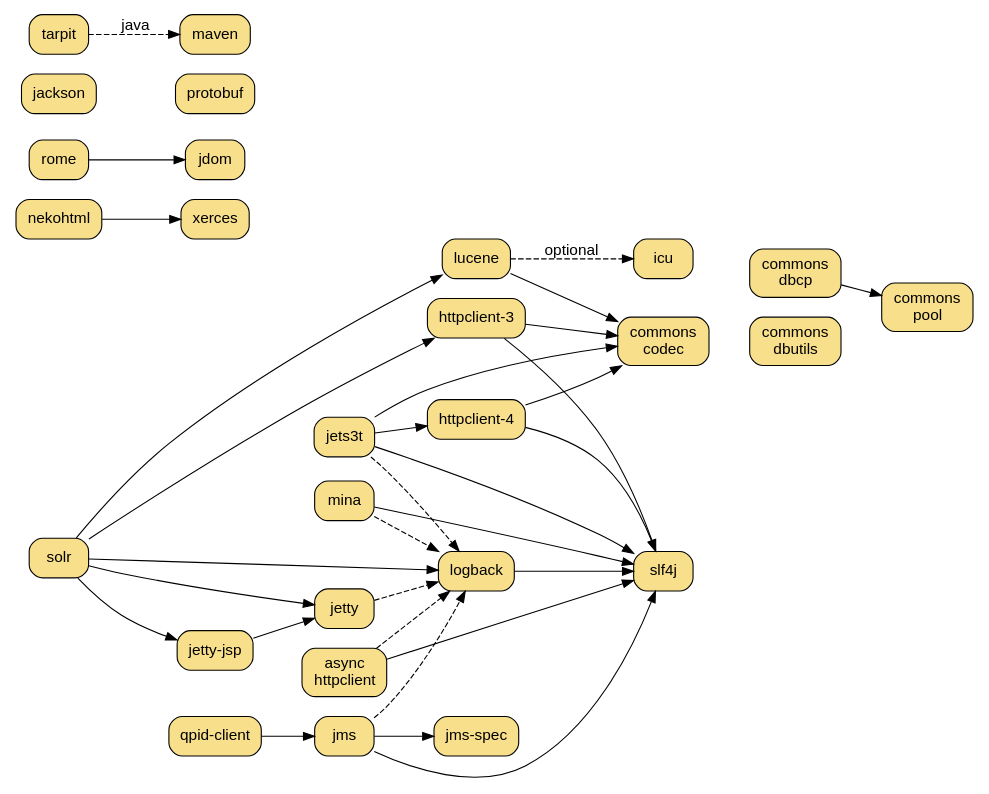
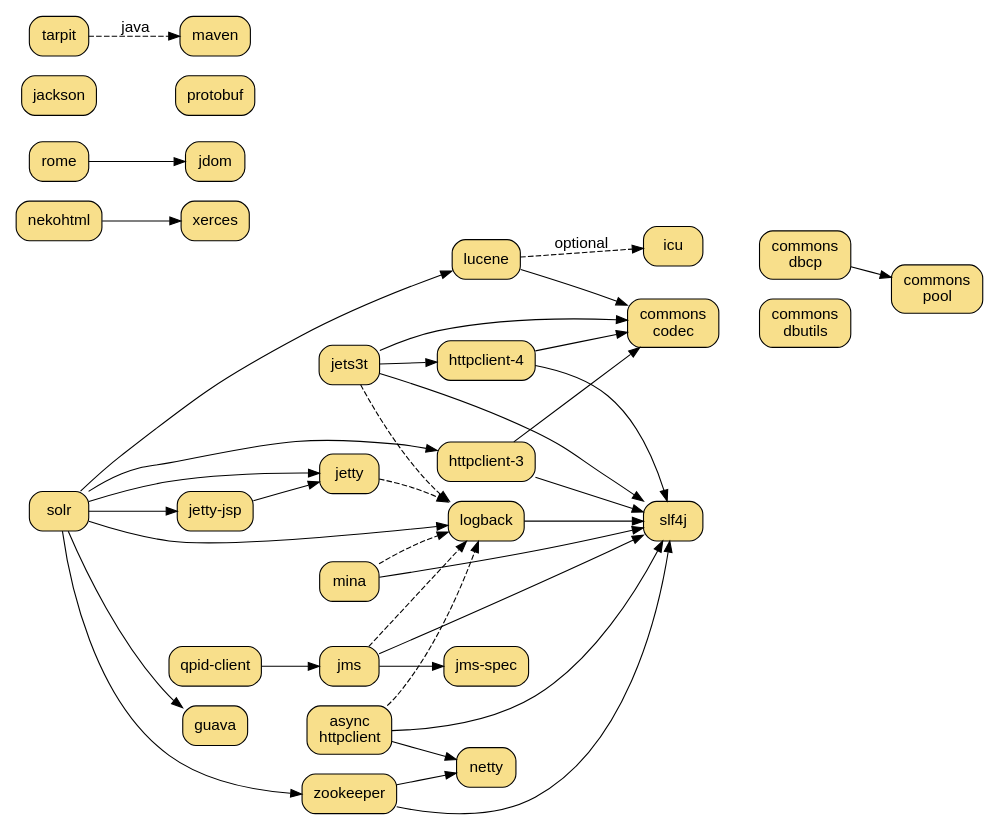
One commit to dekellum/rjack changed the diagram in www/rjack.dot. Above: the diagram before and after it, drawn with Graphviz.

Commit message:
www: dot: Add provisional new gems

```diff
--- a/www/rjack.dot
+++ b/www/rjack.dot
@@ -1,117 +1,127 @@
 digraph "RJack Gem Dependency Graph" {
   bgcolor="transparent";
   rankdir=LR;
   size="7.0,6.5";
   node [ shape=box, style="filled,rounded", fillcolor="#f8df8b",
          fontname="Arial", margin="0.15,0.1" ];
   edge [ fontname="Arial" ];
 
   "solr"          [ target=_parent, URL="solr/" ];
   "lucene"        [ target=_parent, URL="lucene/" ];
 
   "jets3t"        [ target=_parent, URL="jets3t/" ];
 
   "httpclient-3"  [ target=_parent, URL="httpclient-3/" ];
   "httpclient-4"  [ target=_parent, URL="httpclient-4/" ];
 
   "icu"           [ target=_parent, URL="icu/" ];
 
   "jetty"         [ target=_parent, URL="jetty/" ];
   "jetty-jsp"     [ target=_parent, URL="jetty-jsp/" ];
 
   "slf4j"         [ target=_parent, URL="slf4j/", group=log ];
   "logback"       [ target=_parent, URL="logback/", group=log ];
 
   "commons-codec" [ label=<commons<br/>codec>
                     target=_parent, URL="commons-codec/", group=commons ];
 
   "jms-spec"      [ target=_parent, URL="jms-spec/", group=net ];
   "jms"           [ target=_parent, URL="jms/", group=net ];
   "mina"          [ target=_parent, URL="mina/", group=net ];
   "qpid-client"   [ target=_parent, URL="qpid-client/", group=net ];
 
   "async-httpclient" [ label=<async<br/>httpclient>
                        target=_parent, URL="async-httpclient/" ];
+
+  "netty"         [ target=_parent, URL="netty/", group=net ];
+  "zookeeper"     [ target=_parent, URL="zookeeper/" ];
+  "guava"         [ target=_parent, URL="guava/" ];
 
   subgraph cluster_db {
     style=invis
     "commons-dbcp"    [ label=<commons<br/>dbcp>
                         target=_parent, URL="commons-dbcp/", group=commons ];
     "commons-dbutils" [ label=<commons<br/>dbutils>
                         target=_parent, URL="commons-dbutils/", group=commons ];
     "commons-pool"    [ label=<commons<br/>pool>
                         target=_parent, URL="commons-pool/", group=commons ];
   }
   subgraph cluster_xml {
     style=invis
 
     "rome"          [ target=_parent, URL="rome/", group=ml ];
     "jdom"          [ target=_parent, URL="jdom/", group=ml ];
     "nekohtml"      [ target=_parent, URL="nekohtml/", group=ml ];
     "xerces"        [ target=_parent, URL="xerces/", group=ml ];
 
     "rome" -> "xerces" [ style=invis ];
   }
 
   subgraph cluster_ser {
     style=invis
     "jackson"       [ target=_parent, URL="jackson/", group=ser ];
     "protobuf"      [ target=_parent, URL="protobuf/", group=ser ];
     "jackson" -> "protobuf" [ style=invis ];
   }
 
   "tarpit"        [ target=_parent, URL="tarpit/" ];
   "maven"         [ target=_parent, URL="maven/" ];
 
   "commons-dbcp" -> "commons-pool";
   "commons-dbutils" -> "commons-pool" [ style=invis ];
 
   "tarpit"       -> "maven" [ style=dashed, label="java" ];
 
   "jets3t"       -> "logback" [ style=dashed ];
   "jets3t"       -> "httpclient-4";
   "jets3t"       -> "commons-codec";
   "jets3t"       -> "slf4j";
 
   "rome"         -> "jdom"
   "nekohtml"     -> "xerces"
 
   "httpclient-3"   -> "commons-codec";
   "httpclient-4"   -> "commons-codec";
 #  "httpclient"   -> "logback" [ style=dashed ];
   "httpclient-3"   -> "slf4j";
   "httpclient-4"   -> "slf4j";
 
   "jetty-jsp"    -> "jetty";
   "jetty"        -> "logback" [ style=dashed ];
 #  "jetty"        -> "slf4j"   [ style=dashed ];
 
   "logback"      -> "slf4j";
 
   "jms"          -> "jms-spec";
   "jms"          -> "slf4j";
   "jms"          -> "logback" [ style=dashed ];
 
   "mina"         -> "slf4j";
   "mina"         -> "logback" [ style=dashed ];
 
   "qpid-client"  -> "jms";
 #  "qpid-client"  -> "slf4j";
 #  "qpid-client"  -> "logback" [ style=dashed ];
 
   "async-httpclient" -> "slf4j"
   "async-httpclient" -> "logback" [ style=dashed ];
 
   "lucene" -> "commons-codec"
   "lucene" -> "icu"           [ style=dashed, label="optional" ];
 
   "solr"   -> "lucene"
   "solr"   -> "jetty"
   "solr"   -> "jetty-jsp"
   "solr"   -> "httpclient-3"
   "solr"   -> "logback";
 #  "solr"   -> "slf4j"
 
 # for association only
   "commons-codec" -> "commons-dbutils" [ style=invis ];
+
+  "solr"   -> "guava"
+  "solr"   -> "zookeeper"
+  "zookeeper" -> "netty"
+  "zookeeper" -> "slf4j"
+  "async-httpclient" -> "netty"
 }
```
